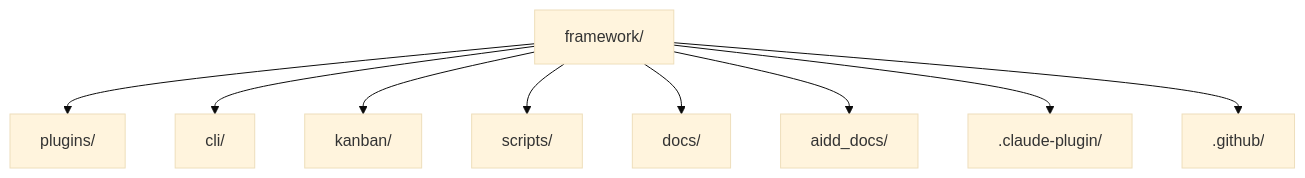
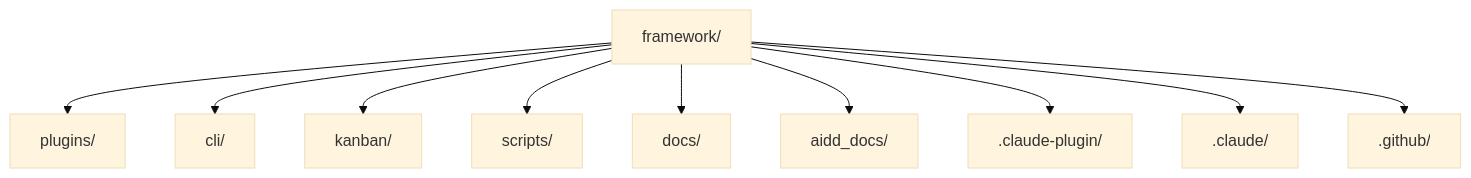
One commit to ai-driven-dev/aidd-framework changed the diagram in aidd_docs/memory/codebase-map.md. Above: the diagram before and after it, drawn with Mermaid (base theme). The commit also changed other lines of this file and 46 other files, not shown here.

````diff
--- a/aidd_docs/memory/codebase-map.md
+++ b/aidd_docs/memory/codebase-map.md
@@ -7,11 +7,12 @@
 ```mermaid
 flowchart TD
     Root["framework/"] --> Plugins["plugins/"]
     Root --> Cli["cli/"]
     Root --> Kanban["kanban/"]
     Root --> Scripts["scripts/"]
     Root --> Docs["docs/"]
     Root --> AiddDocs["aidd_docs/"]
     Root --> Manifest[".claude-plugin/"]
+    Root --> Claude[".claude/"]
     Root --> GH[".github/"]
 ```
````
